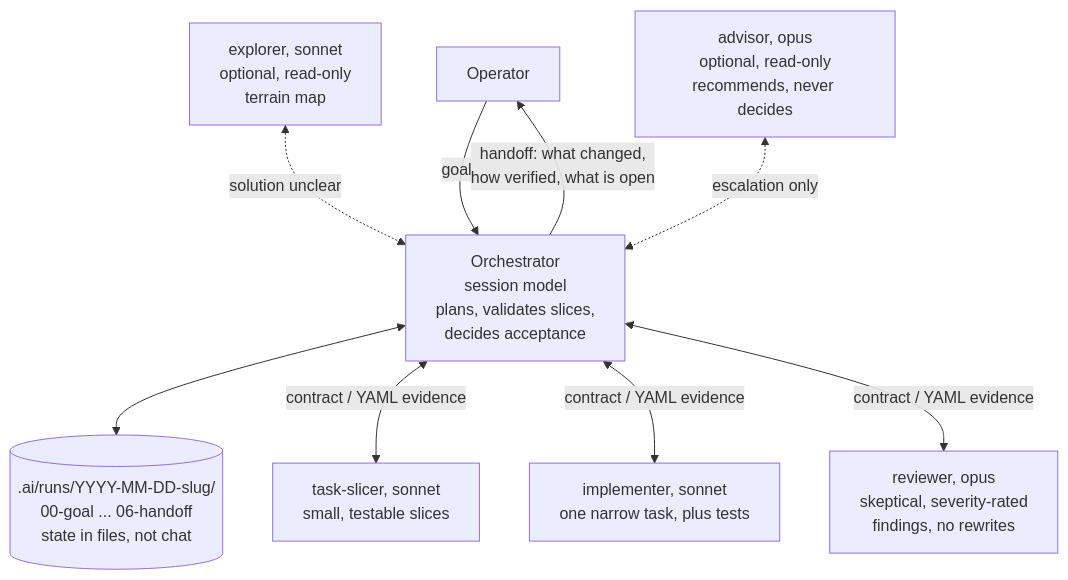
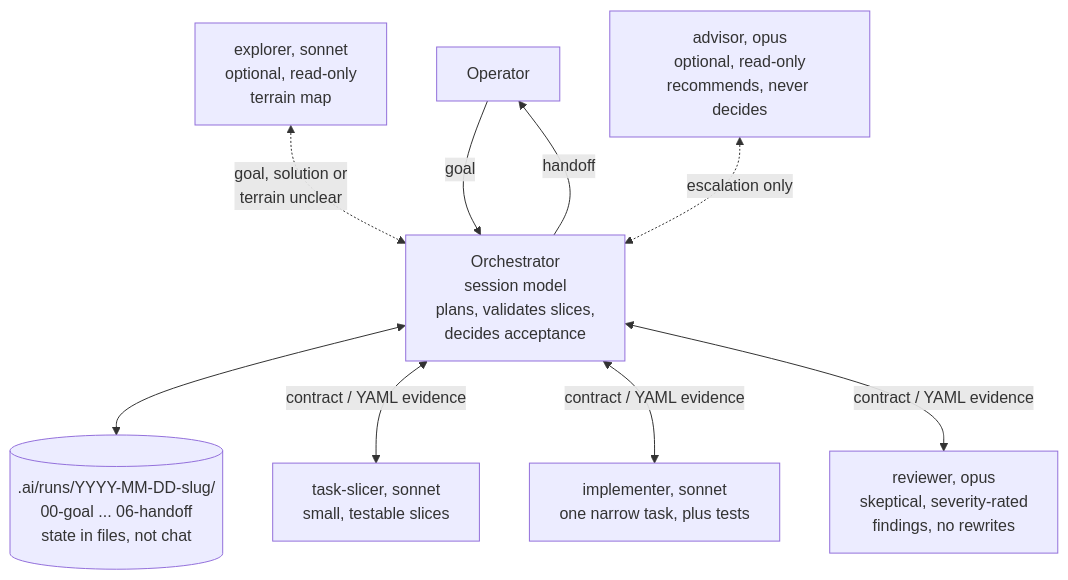
Before and after one commit to LanNguyenSi/agent-dx: the diagram in packages/orchestrator-workflow/docs/architecture.md, drawn with Mermaid. The commit also changed 3 other files, not shown here.

First line of the commit message:
docs(orchestrator-workflow): sharpen the apply and loop diagrams

````diff
--- a/packages/orchestrator-workflow/docs/architecture.md
+++ b/packages/orchestrator-workflow/docs/architecture.md
@@ -11,20 +11,20 @@
 ```mermaid
 flowchart TD
   OP["Operator"]
   EXP["explorer, sonnet<br/>optional, read-only<br/>terrain map"]
   ADV["advisor, opus<br/>optional, read-only<br/>recommends, never decides"]
   ORC["Orchestrator<br/>session model<br/>plans, validates slices,<br/>decides acceptance"]
   RUN[(".ai/runs/YYYY-MM-DD-slug/<br/>00-goal ... 06-handoff<br/>state in files, not chat")]
   TS["task-slicer, sonnet<br/>small, testable slices"]
   IMP["implementer, sonnet<br/>one narrow task, plus tests"]
   REV["reviewer, opus<br/>skeptical, severity-rated<br/>findings, no rewrites"]
 
   OP -->|goal| ORC
-  ORC -->|"handoff: what changed,<br/>how verified, what is open"| OP
-  EXP <-.->|"solution unclear"| ORC
+  ORC -->|handoff| OP
+  EXP <-.->|"goal, solution or<br/>terrain unclear"| ORC
   ADV <-.->|"escalation only"| ORC
   ORC <--> RUN
   ORC <-->|"contract / YAML evidence"| TS
   ORC <-->|"contract / YAML evidence"| IMP
   ORC <-->|"contract / YAML evidence"| REV
 ```
````
